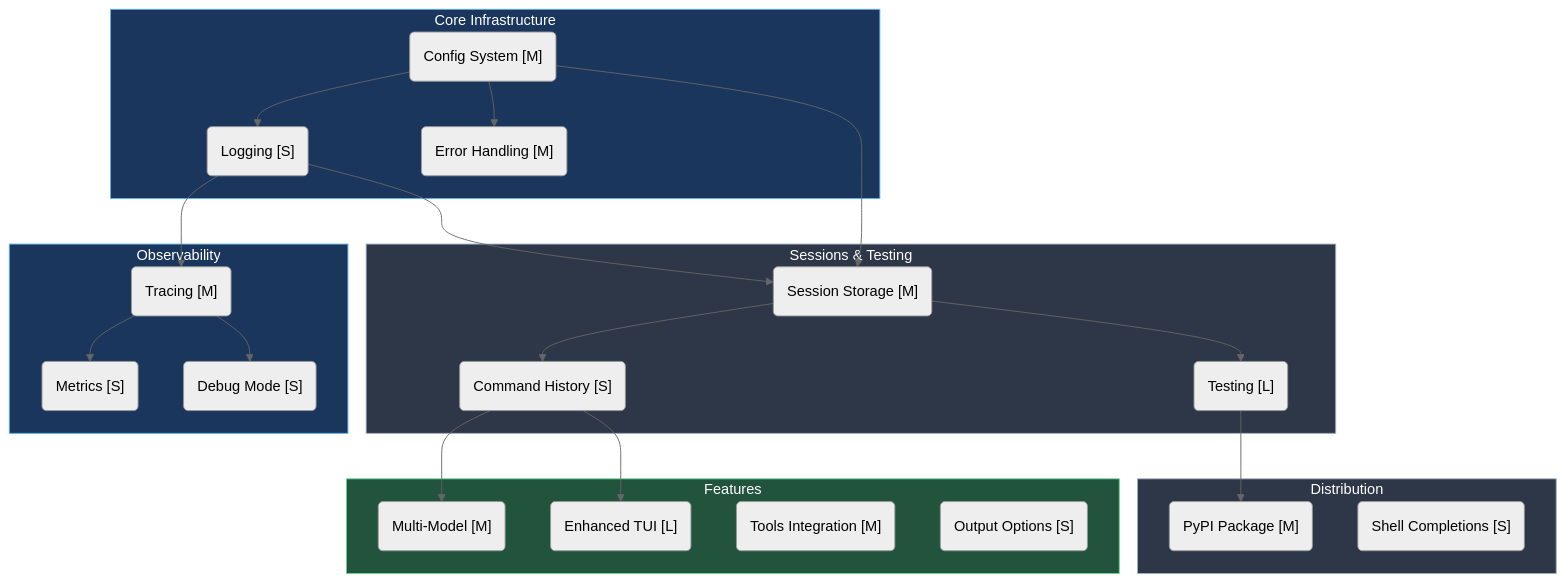
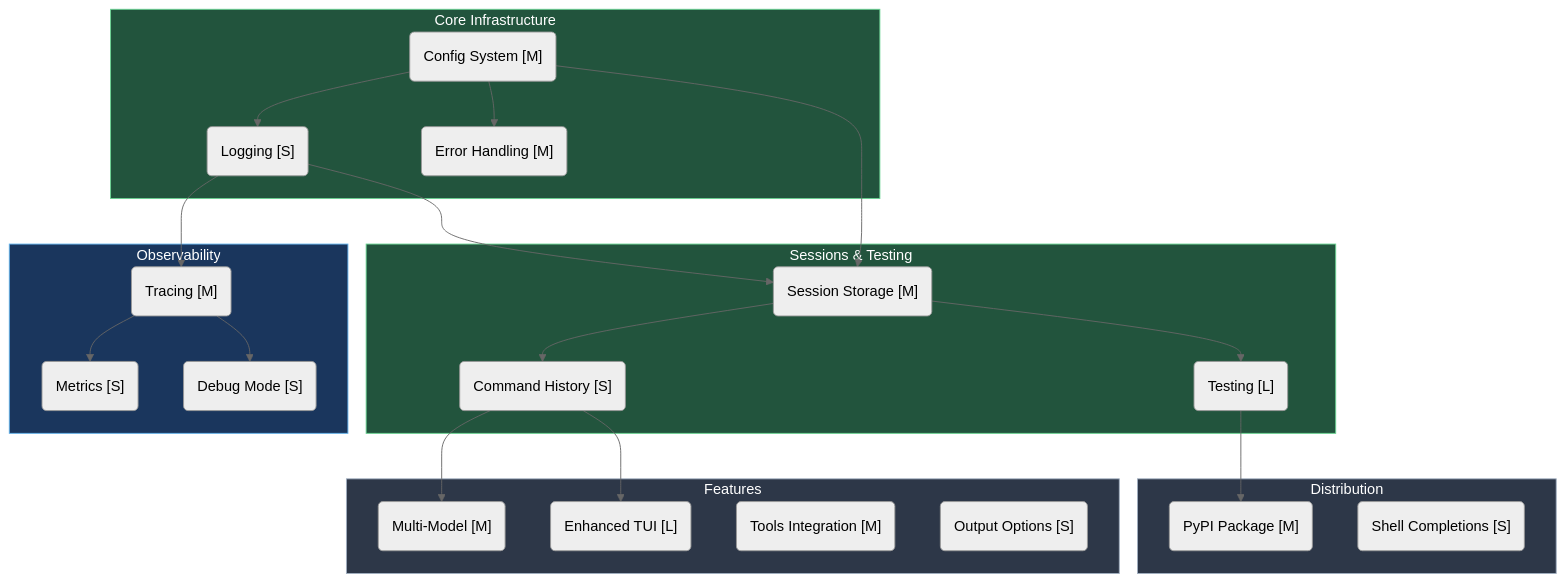
The first of 8 diagrams in ROADMAP.md (Miguel-EpicJS/ash-cli), drawn with Mermaid (neutral theme) before and after one commit. The commit also changed other lines of this file and 2 other files, not shown here.

````diff
--- a/ROADMAP.md
+++ b/ROADMAP.md
@@ -27,51 +27,51 @@
 ```mermaid
 flowchart TD
     subgraph Core["Core Infrastructure"]
         config("Config System [M]")
         logging("Logging [S]")
         error("Error Handling [M]")
     end
 
     subgraph Sessions["Sessions & Testing"]
         sessions("Session Storage [M]")
         history("Command History [S]")
         testing("Testing [L]")
     end
 
     subgraph Features["Features"]
         multimodel("Multi-Model [M]")
         tui("Enhanced TUI [L]")
         tools("Tools Integration [M]")
         output("Output Options [S]")
     end
 
     subgraph Observability["Observability"]
         tracing("Tracing [M]")
         metrics("Metrics [S]")
         debug("Debug Mode [S]")
     end
 
     subgraph Distribution["Distribution"]
         pypi("PyPI Package [M]")
         completions("Shell Completions [S]")
     end
 
     logging --> tracing
     config --> logging
     config --> error
     config --> sessions
     logging --> sessions
     sessions --> history
     sessions --> testing
     history --> multimodel
     history --> tui
     tracing --> metrics
     tracing --> debug
     testing --> pypi
 
-    style Core fill:#1a365d,stroke:#63b3ed,color:#fff
-    style Sessions fill:#2d3748,stroke:#a0aec0,color:#fff
-    style Features fill:#22543d,stroke:#68d391,color:#fff
+    style Core fill:#22543d,stroke:#68d391,color:#fff
+    style Sessions fill:#22543d,stroke:#68d391,color:#fff
+    style Features fill:#2d3748,stroke:#a0aec0,color:#fff
     style Observability fill:#1a365d,stroke:#63b3ed,color:#fff
     style Distribution fill:#2d3748,stroke:#a0aec0,color:#fff
 ```
````
